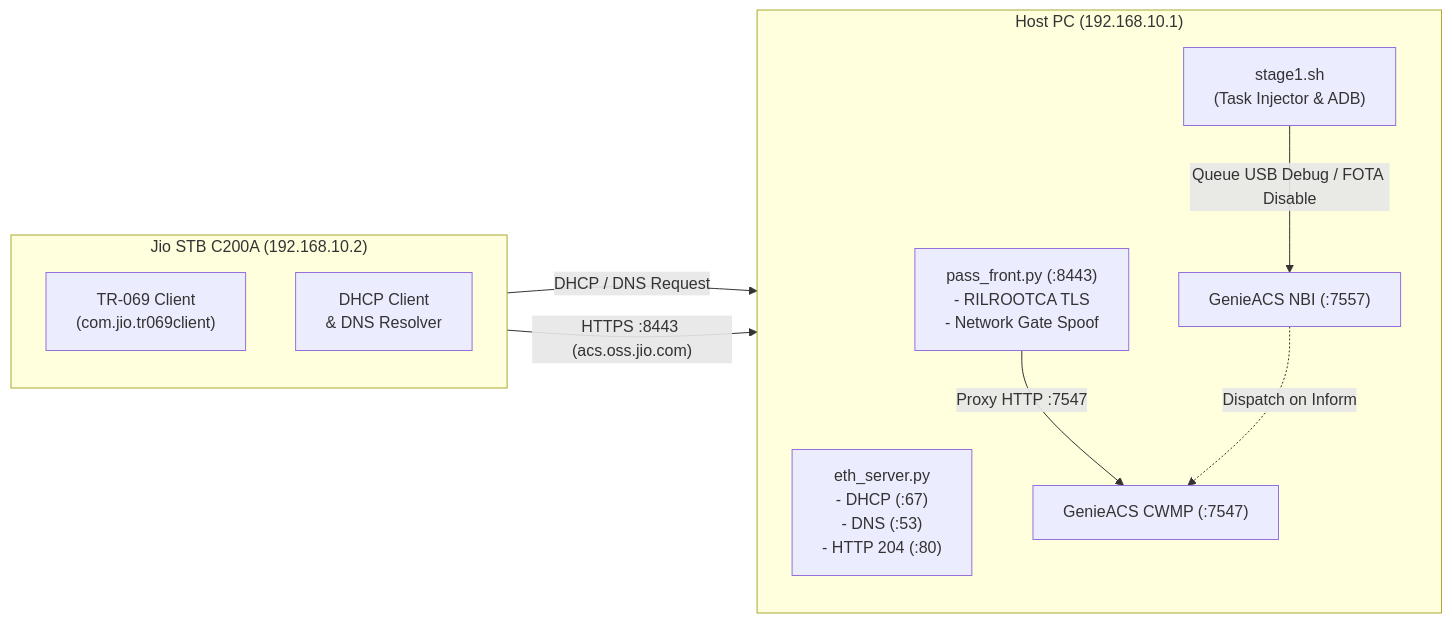
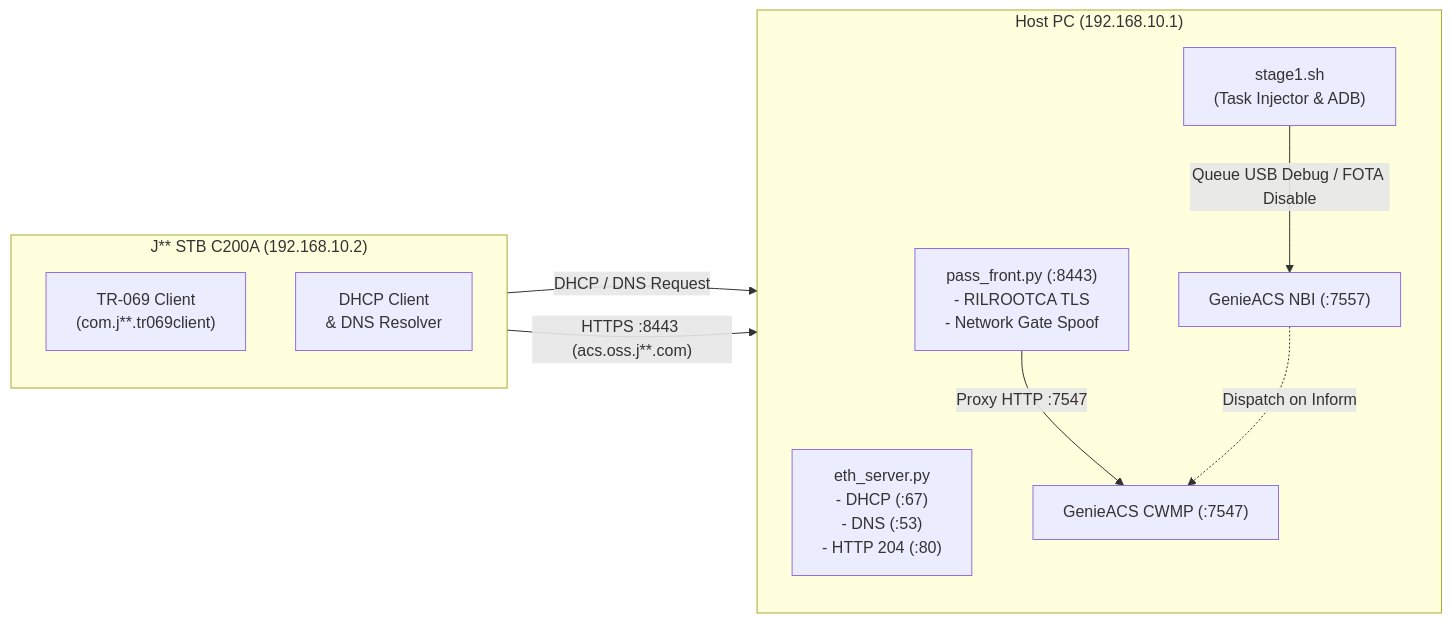
The first of 2 diagrams in Enable DeveloperOptions/README.md (ramneet4002/STB-Comprehensive-Guide), drawn with Mermaid before and after one commit. The commit also changed other lines of this file and 3 other files, not shown here.

````diff
--- a/Enable DeveloperOptions/README.md
+++ b/Enable DeveloperOptions/README.md
@@ -66,23 +66,23 @@
 ```mermaid
 flowchart LR
-    subgraph STB ["Jio STB C200A (192.168.10.2)"]
+    subgraph STB ["J** STB C200A (192.168.10.2)"]
         direction TB
-        Client["TR-069 Client\n(com.jio.tr069client)"]
+        Client["TR-069 Client\n(com.j**.tr069client)"]
         ClientNet["DHCP Client\n& DNS Resolver"]
     end
 
     subgraph PC ["Host PC (192.168.10.1)"]
         direction TB
         EthHelper["eth_server.py\n- DHCP (:67)\n- DNS (:53)\n- HTTP 204 (:80)"]
         PassFront["pass_front.py (:8443)\n- RILROOTCA TLS\n- Network Gate Spoof"]
         GenieCWMP["GenieACS CWMP (:7547)"]
         GenieNBI["GenieACS NBI (:7557)"]
         Stage1["stage1.sh\n(Task Injector & ADB)"]
     end
 
     ClientNet -- "DHCP / DNS Request" --> EthHelper
-    Client -- "HTTPS :8443 (acs.oss.jio.com)" --> PassFront
+    Client -- "HTTPS :8443 (acs.oss.j**.com)" --> PassFront
     PassFront -- "Proxy HTTP :7547" --> GenieCWMP
     Stage1 -- "Queue USB Debug / FOTA Disable" --> GenieNBI
     GenieNBI -. "Dispatch on Inform" .-> GenieCWMP
 ```
````
